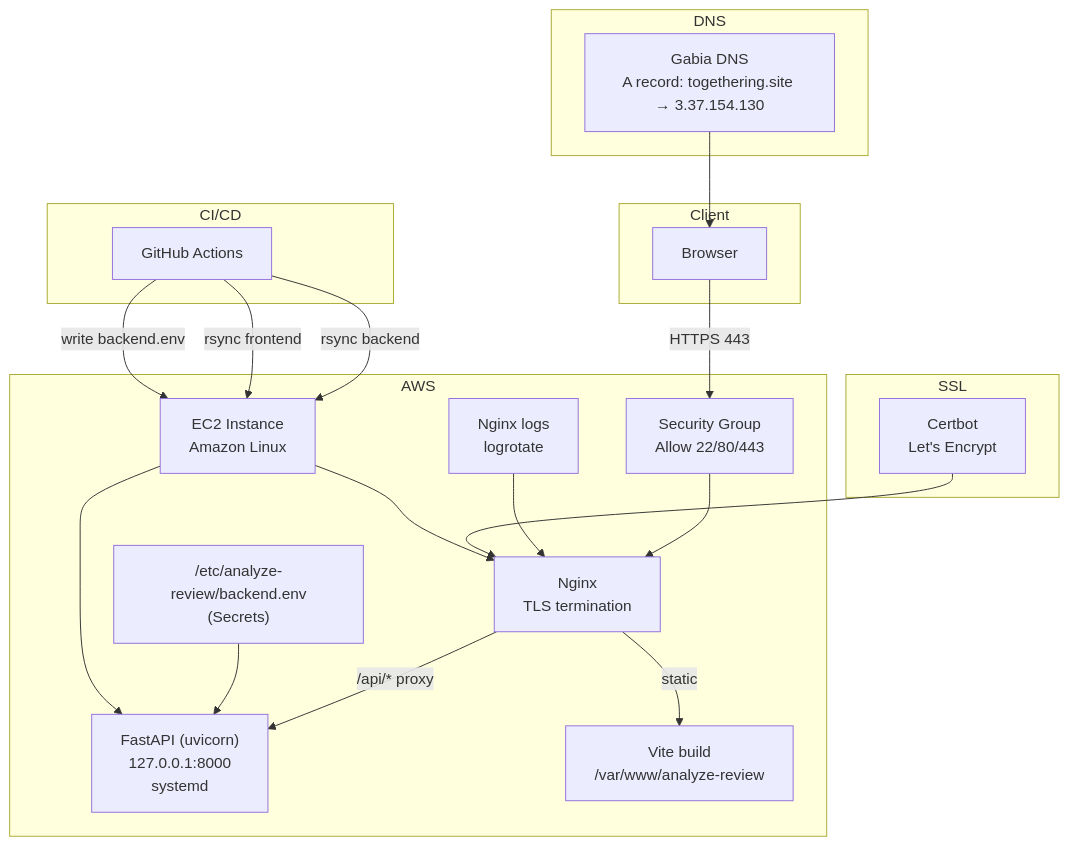
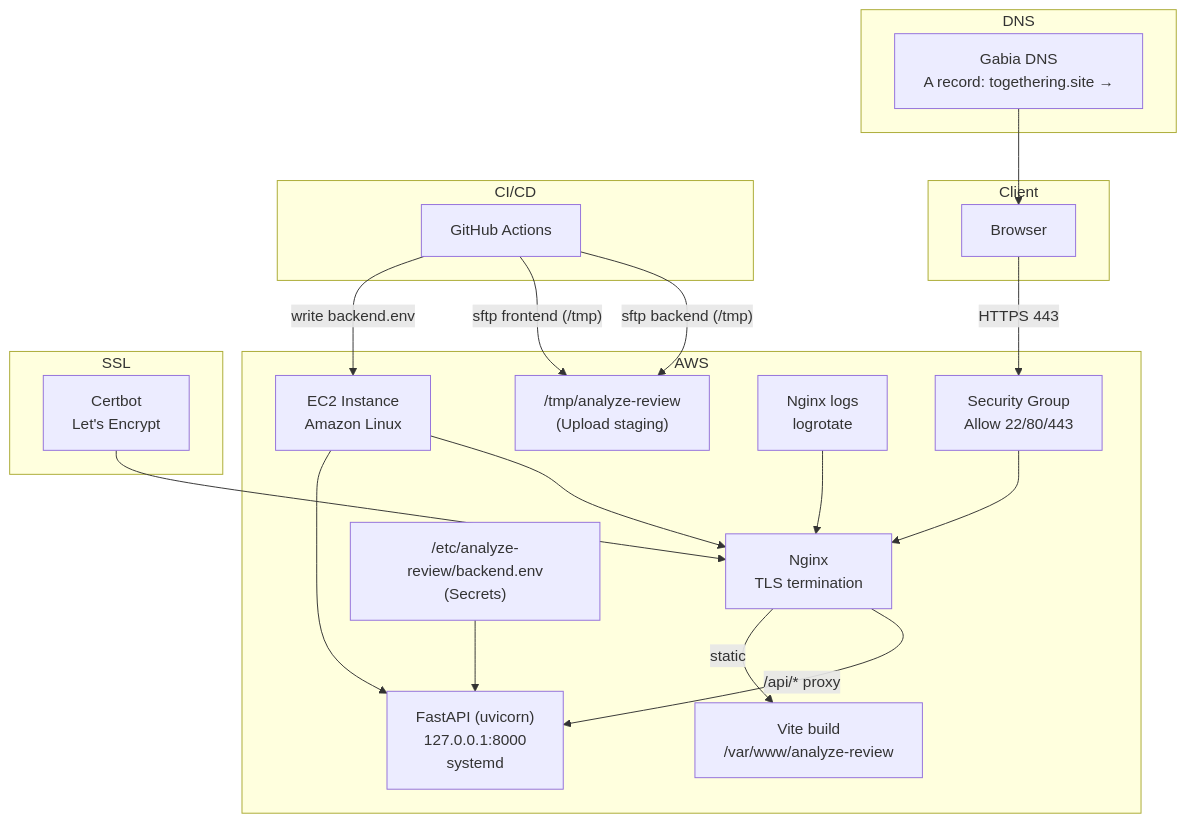
The diagram in infra/diagram.mmd (heeoneie/analyze-review), drawn with Mermaid before and after one commit. The commit also changed 3 other files, not shown here.

Commit message:
Fix SFTP deploy staging and redact IP in docs

```diff
--- a/infra/diagram.mmd
+++ b/infra/diagram.mmd
@@ -1,39 +1,40 @@
 flowchart TB
   subgraph DNS[DNS]
-    gabia["Gabia DNS\nA record: togethering.site → 3.37.154.130"]
+    gabia["Gabia DNS\nA record: togethering.site → <EC2_PUBLIC_IP>"]
   end
 
   subgraph Client[Client]
     browser["Browser"]
   end
 
   subgraph AWS[AWS]
     sg["Security Group\nAllow 22/80/443"]
     ec2["EC2 Instance\nAmazon Linux"]
     nginx["Nginx\nTLS termination"]
     backend["FastAPI (uvicorn)\n127.0.0.1:8000\nsystemd"]
     frontend["Vite build\n/var/www/analyze-review"]
-    envfile["/etc/analyze-review/backend.env\n(Secrets)" ]
+    envfile["/etc/analyze-review/backend.env\n(Secrets)"]
     logs["Nginx logs\nlogrotate"]
+    tmpdir["/tmp/analyze-review\n(Upload staging)"]
   end
 
   subgraph CI[CI/CD]
     github["GitHub Actions"]
   end
 
   subgraph SSL[SSL]
     certbot["Certbot\nLet's Encrypt"]
   end
 
   gabia --> browser
   browser -->|HTTPS 443| sg --> nginx
   nginx -->|/api/* proxy| backend
   nginx -->|static| frontend
   envfile --> backend
   logs --> nginx
   certbot --> nginx
-  github -->|rsync backend| ec2
-  github -->|rsync frontend| ec2
+  github -->|"sftp backend (/tmp)"| tmpdir
+  github -->|"sftp frontend (/tmp)"| tmpdir
   github -->|write backend.env| ec2
   ec2 --> nginx
   ec2 --> backend
```
